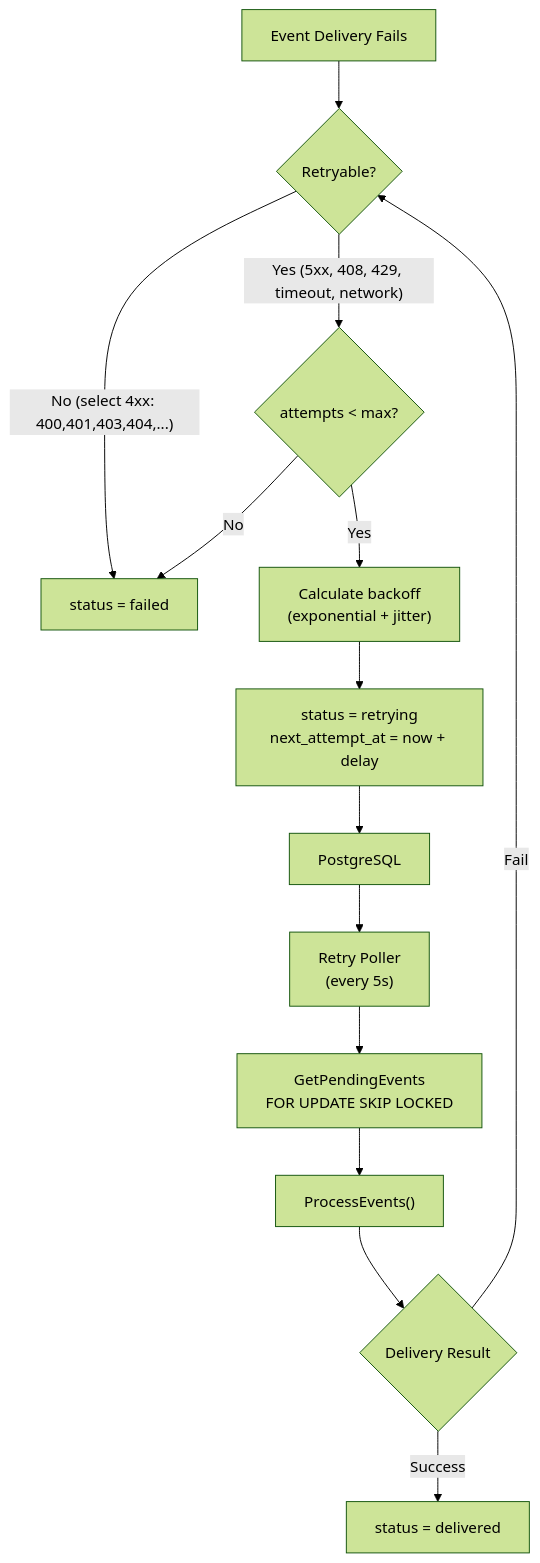
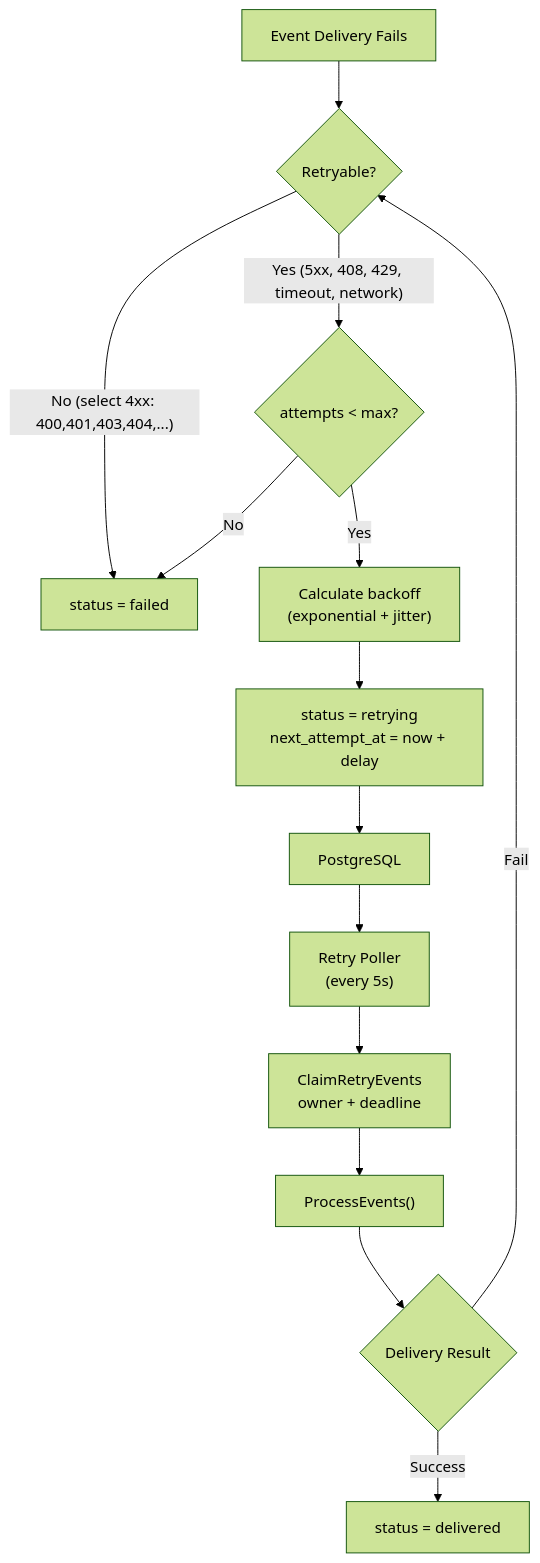
Diagram 12 of 13 in docs/architecture.md (felipepmaragno/webhook-service), drawn with Mermaid (forest theme) before and after one commit. The commit also changed other lines of this file and 16 other files, not shown here.

````diff
--- a/docs/architecture.md
+++ b/docs/architecture.md
@@ -479,16 +479,16 @@
 ```mermaid
 flowchart TD
     A["Event Delivery Fails"] --> B{"Retryable?"}
     B -->|"No (select 4xx: 400,401,403,404,...)"| C["status = failed"]
     B -->|"Yes (5xx, 408, 429, timeout, network)"| D{"attempts < max?"}
     D -->|"No"| C
     D -->|"Yes"| E["Calculate backoff<br/>(exponential + jitter)"]
     E --> F["status = retrying<br/>next_attempt_at = now + delay"]
     F --> G["PostgreSQL"]
     G --> H["Retry Poller<br/>(every 5s)"]
-    H --> I["GetPendingEvents<br/>FOR UPDATE SKIP LOCKED"]
+    H --> I["ClaimRetryEvents<br/>owner + deadline"]
     I --> J["ProcessEvents()"]
     J --> K{"Delivery Result"}
     K -->|"Success"| L["status = delivered"]
     K -->|"Fail"| B
 ```
````
